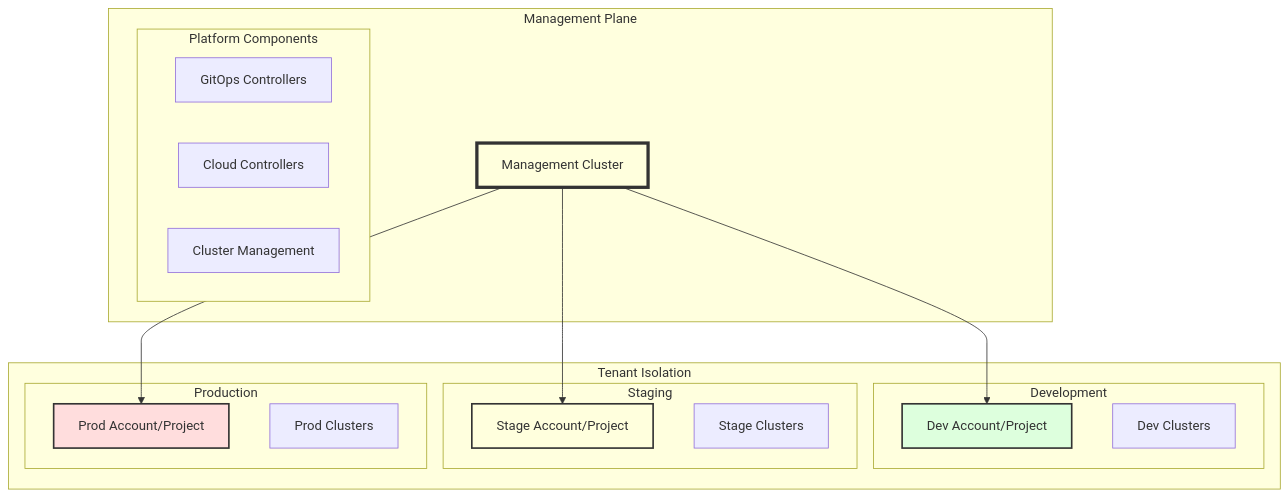
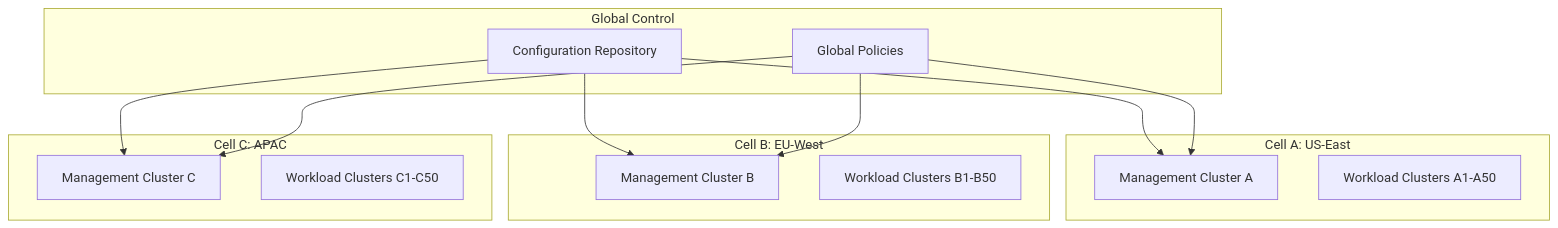
The fifth of 6 diagrams in content/posts/blog-post-k8s-hyperscalar-architecture.md (cgoolsby/cgoolsby.github.io), drawn with Mermaid before and after one commit. The commit also changed other lines of this file, not shown here.

````diff
--- a/content/posts/blog-post-k8s-hyperscalar-architecture.md
+++ b/content/posts/blog-post-k8s-hyperscalar-architecture.md
@@ -236,37 +283,30 @@
 ```mermaid
 graph TB
-    subgraph "Management Plane"
-        MgmtCluster[Management Cluster]
-        subgraph "Platform Components"
-            GitOps[GitOps Controllers]
-            CloudCtrl[Cloud Controllers]
-            ClusterMgmt[Cluster Management]
-        end
+    subgraph "Global Control"
+        Git[Configuration Repository]
+        Policy[Global Policies]
     end
     
-    subgraph "Tenant Isolation"
-        subgraph "Development"
-            DevAccount[Dev Account/Project]
-            DevClusters[Dev Clusters]
-        end
-        
-        subgraph "Staging"
-            StageAccount[Stage Account/Project]
-            StageClusters[Stage Clusters]
-        end
-        
-        subgraph "Production"
-            ProdAccount[Prod Account/Project]
-            ProdClusters[Prod Clusters]
-        end
+    subgraph "Cell A: US-East"
+        MgmtA[Management Cluster A]
+        ClustersA[Workload Clusters A1-A50]
     end
     
-    MgmtCluster --> DevAccount
-    MgmtCluster --> StageAccount
-    MgmtCluster --> ProdAccount
+    subgraph "Cell B: EU-West"
+        MgmtB[Management Cluster B]
+        ClustersB[Workload Clusters B1-B50]
+    end
     
-    style MgmtCluster fill:#ffd,stroke:#333,stroke-width:4px
-    style DevAccount fill:#dfd,stroke:#333,stroke-width:2px
-    style StageAccount fill:#ffd,stroke:#333,stroke-width:2px
-    style ProdAccount fill:#fdd,stroke:#333,stroke-width:2px
+    subgraph "Cell C: APAC"
+        MgmtC[Management Cluster C]
+        ClustersC[Workload Clusters C1-C50]
+    end
+    
+    Git --> MgmtA
+    Git --> MgmtB
+    Git --> MgmtC
+    
+    Policy --> MgmtA
+    Policy --> MgmtB
+    Policy --> MgmtC
 ```
````
